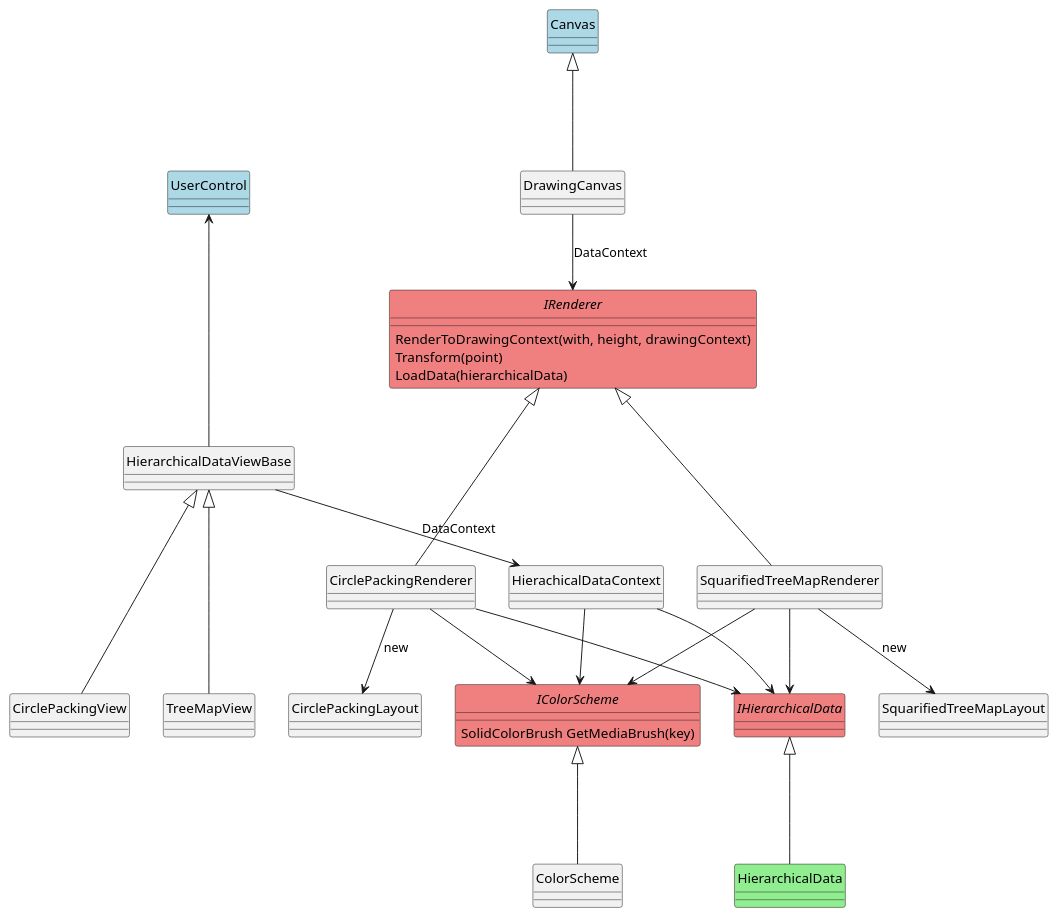
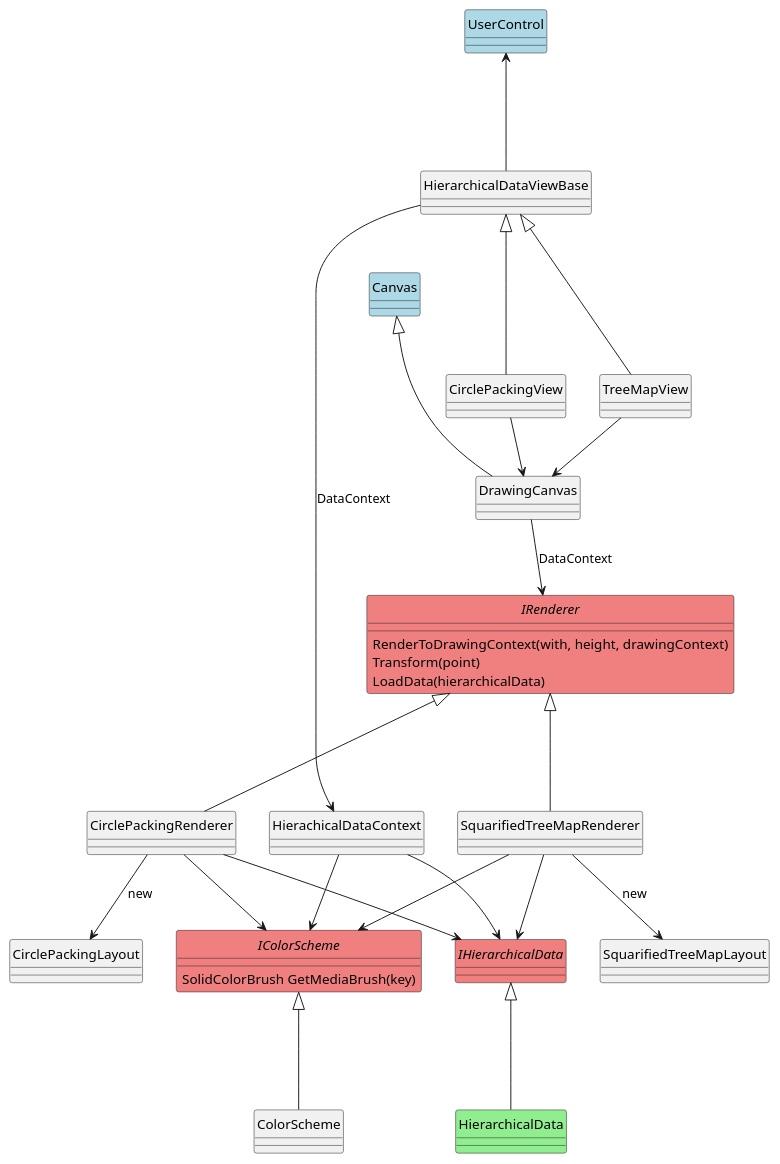
Before and after one commit to ATrefzer/Insight: the diagram in Doc/Visualization.Controls.plantuml, drawn with PlantUML. The commit also changed 10 other files, not shown here.

```diff
--- a/Doc/Visualization.Controls.plantuml
+++ b/Doc/Visualization.Controls.plantuml
@@ -1,57 +1,59 @@
 @startuml
 
 'skinparam monochrome true
 hide circle 
 hide footbox
 
 ' Data
 class HierarchicalData #LightGreen
 
 ' Wpf
 class Canvas #LightBlue
 class UserControl #LightBlue
 
 
 ' Interfaces
 interface IColorScheme #LightCoral {
     SolidColorBrush GetMediaBrush(key)
 }
 
 interface IHierarchicalData #LightCoral
 
 interface IRenderer  #LightCoral {
     RenderToDrawingContext(with, height, drawingContext)
     Transform(point)
     LoadData(hierarchicalData)
 }
 
 HierarchicalData -up--|> IHierarchicalData
 
 HierachicalDataContext --> IHierarchicalData
 HierachicalDataContext --> IColorScheme
 
 ColorScheme -up--|> IColorScheme
 
 DrawingCanvas -up--|> Canvas
 
 DrawingCanvas --> IRenderer : DataContext
 
 HierarchicalDataViewBase -up--> UserControl
 HierarchicalDataViewBase --> HierachicalDataContext : DataContext
 
 CirclePackingView -up--|> HierarchicalDataViewBase
+CirclePackingView --> DrawingCanvas
 TreeMapView -up--|> HierarchicalDataViewBase
+TreeMapView --> DrawingCanvas
 
 
 SquarifiedTreeMapRenderer -up--|> IRenderer
 SquarifiedTreeMapRenderer --> IHierarchicalData
 SquarifiedTreeMapRenderer --> IColorScheme
 SquarifiedTreeMapRenderer --> SquarifiedTreeMapLayout : new
 
 CirclePackingRenderer -up--|> IRenderer
 CirclePackingRenderer --> IHierarchicalData
 CirclePackingRenderer --> IColorScheme
 CirclePackingRenderer --> CirclePackingLayout : new
 
 'Warum hat hierarchical Data context Colorscheme unt nicht das interface
 @enduml
```
